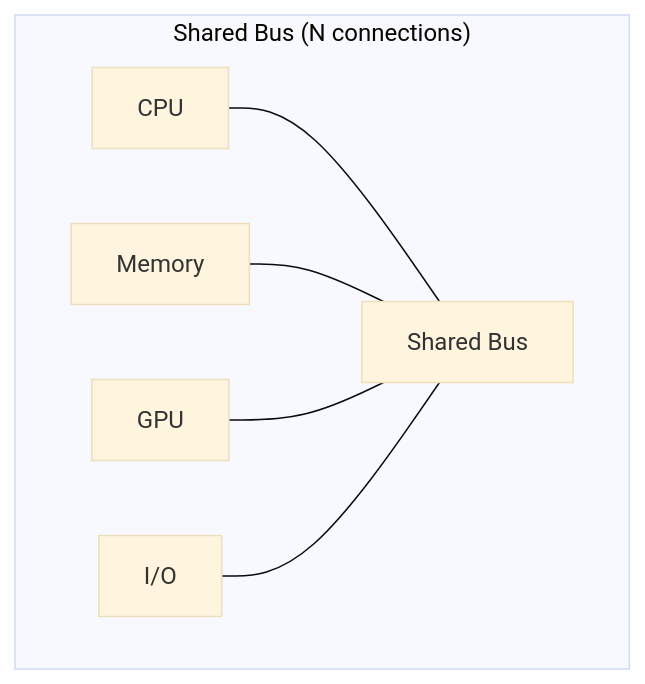
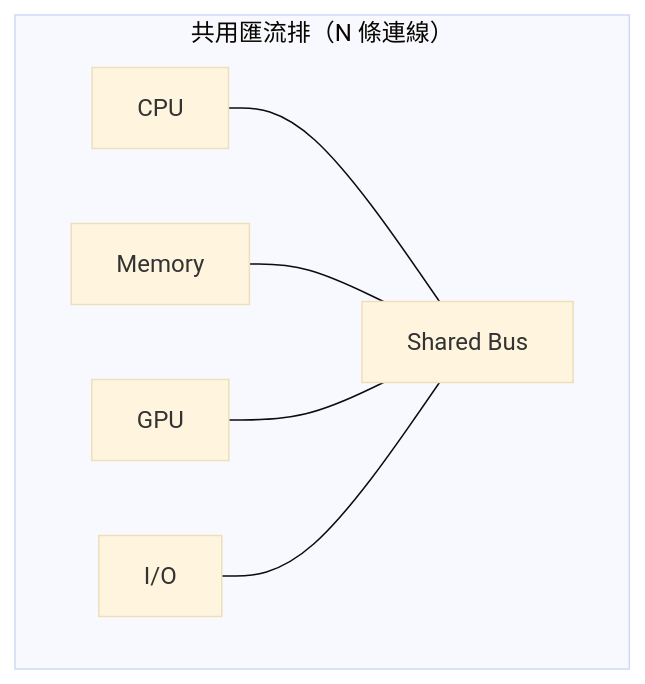
Before and after one commit to abc1199281lab-cmd/systemc_notes: the second of 8 diagrams in doc_v2/examples/code/sysc/simple_bus/spec.md, drawn with Mermaid (base theme). The commit also changed other lines of this file and 8 other files, not shown here.

````diff
--- a/doc_v2/examples/code/sysc/simple_bus/spec.md
+++ b/doc_v2/examples/code/sysc/simple_bus/spec.md
@@ -44,9 +44,9 @@
 ```mermaid
 graph TB
-    subgraph "Shared Bus (N connections)"
+    subgraph "共用匯流排（N 條連線）"
         A2[CPU] --- BUS[Shared Bus]
         B2[Memory] --- BUS
         C2[GPU] --- BUS
         D2[I/O] --- BUS
     end
 ```
````
